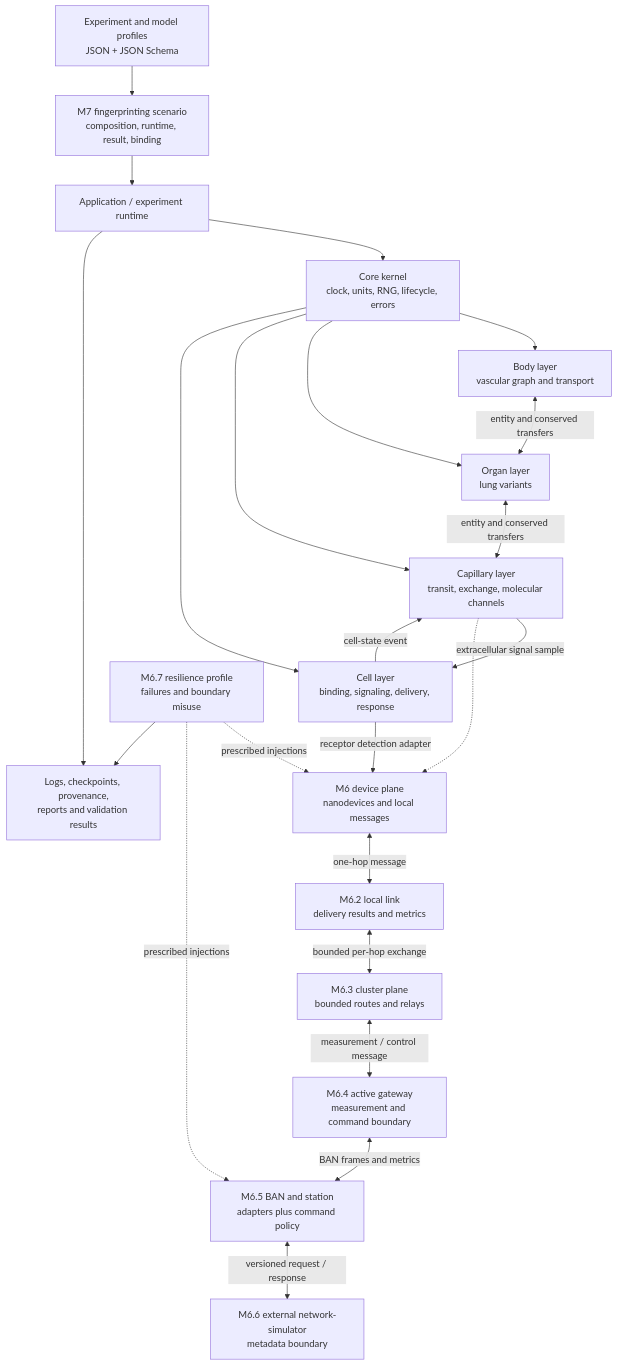
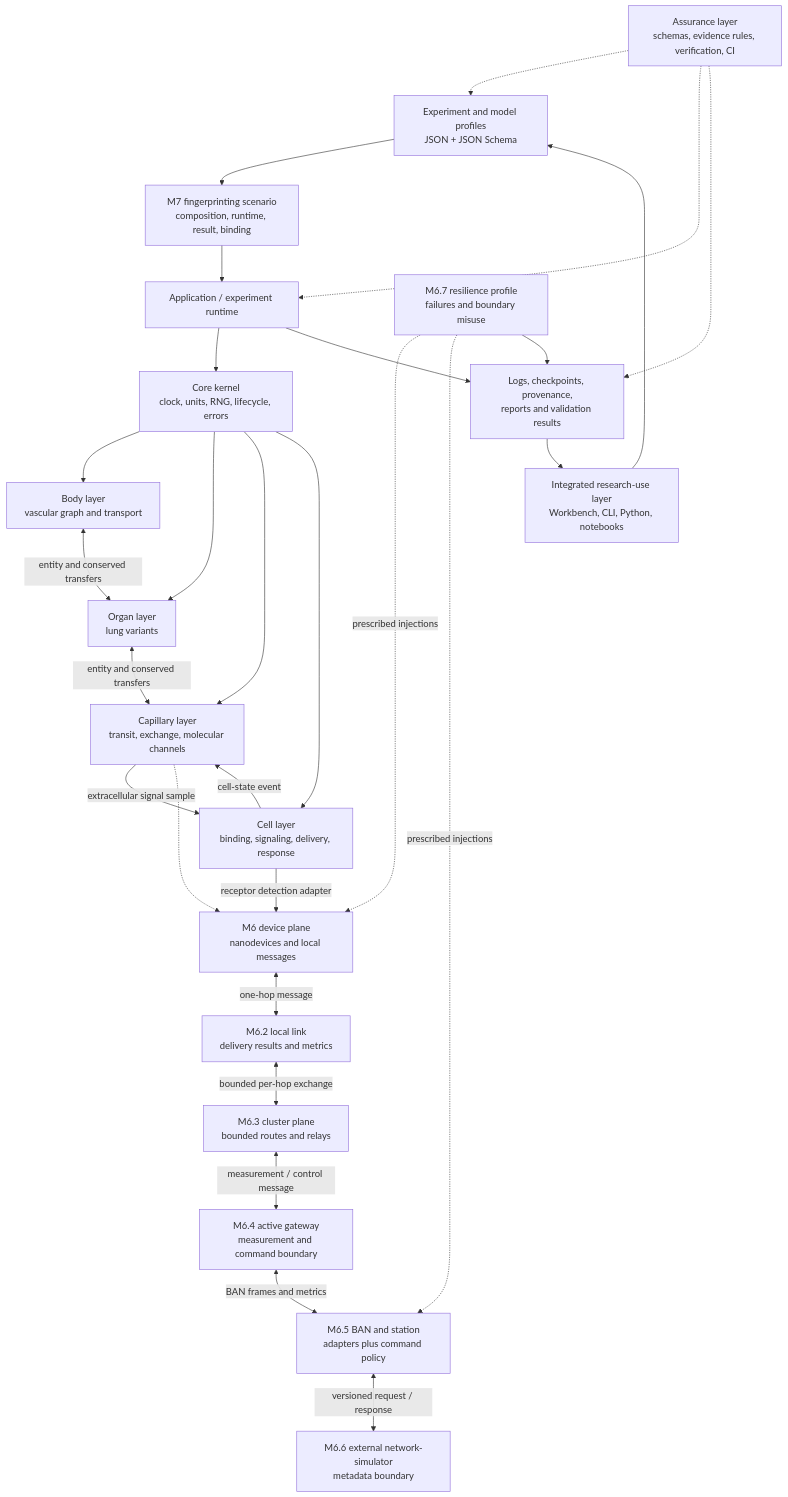
Before and after one commit to RegineWendt/MEHLISSA: the first of 2 diagrams in docs/architecture/SOFTWARE_ARCHITECTURE.md, drawn with Mermaid. The commit also changed other lines of this file and 16 other files, not shown here.

````diff
--- a/docs/architecture/SOFTWARE_ARCHITECTURE.md
+++ b/docs/architecture/SOFTWARE_ARCHITECTURE.md
@@ -35,42 +35,49 @@
 ```mermaid
 flowchart TB
     Manifest[Experiment and model profiles<br/>JSON + JSON Schema]
     Runner[Application / experiment runtime]
     Composer[M7 fingerprinting scenario<br/>composition, runtime, result, binding]
     Kernel[Core kernel<br/>clock, units, RNG, lifecycle, errors]
     Body[Body layer<br/>vascular graph and transport]
     Organ[Organ layer<br/>lung variants]
     Capillary[Capillary layer<br/>transit, exchange, molecular channels]
     Cell[Cell layer<br/>binding, signaling, delivery, response]
     IoT[M6 device plane<br/>nanodevices and local messages]
     LocalLink[M6.2 local link<br/>delivery results and metrics]
     Cluster[M6.3 cluster plane<br/>bounded routes and relays]
     Gateway[M6.4 active gateway<br/>measurement and command boundary]
     External[M6.5 BAN and station<br/>adapters plus command policy]
     NetworkSim[M6.6 external network-simulator<br/>metadata boundary]
     Resilience[M6.7 resilience profile<br/>failures and boundary misuse]
     Evidence[Logs, checkpoints, provenance,<br/>reports and validation results]
+    ResearchUse[Integrated research-use layer<br/>Workbench, CLI, Python, notebooks]
+    Assurance[Assurance layer<br/>schemas, evidence rules, verification, CI]
 
+    ResearchUse --> Manifest
     Manifest --> Composer
     Composer --> Runner
     Runner --> Kernel
     Kernel --> Body
     Kernel --> Organ
     Kernel --> Capillary
     Kernel --> Cell
     Body <-->|entity and conserved transfers| Organ
     Organ <-->|entity and conserved transfers| Capillary
     Capillary -->|extracellular signal sample| Cell
     Cell -->|cell-state event| Capillary
     Capillary -.-> IoT
     Cell -->|receptor detection adapter| IoT
     IoT <-->|one-hop message| LocalLink
     LocalLink <-->|bounded per-hop exchange| Cluster
     Cluster <-->|measurement / control message| Gateway
     Gateway <-->|BAN frames and metrics| External
     External <-->|versioned request / response| NetworkSim
     Resilience -.->|prescribed injections| IoT
     Resilience -.->|prescribed injections| External
     Resilience --> Evidence
     Runner --> Evidence
+    Evidence --> ResearchUse
+    Assurance -.-> Manifest
+    Assurance -.-> Runner
+    Assurance -.-> Evidence
 ```
````
